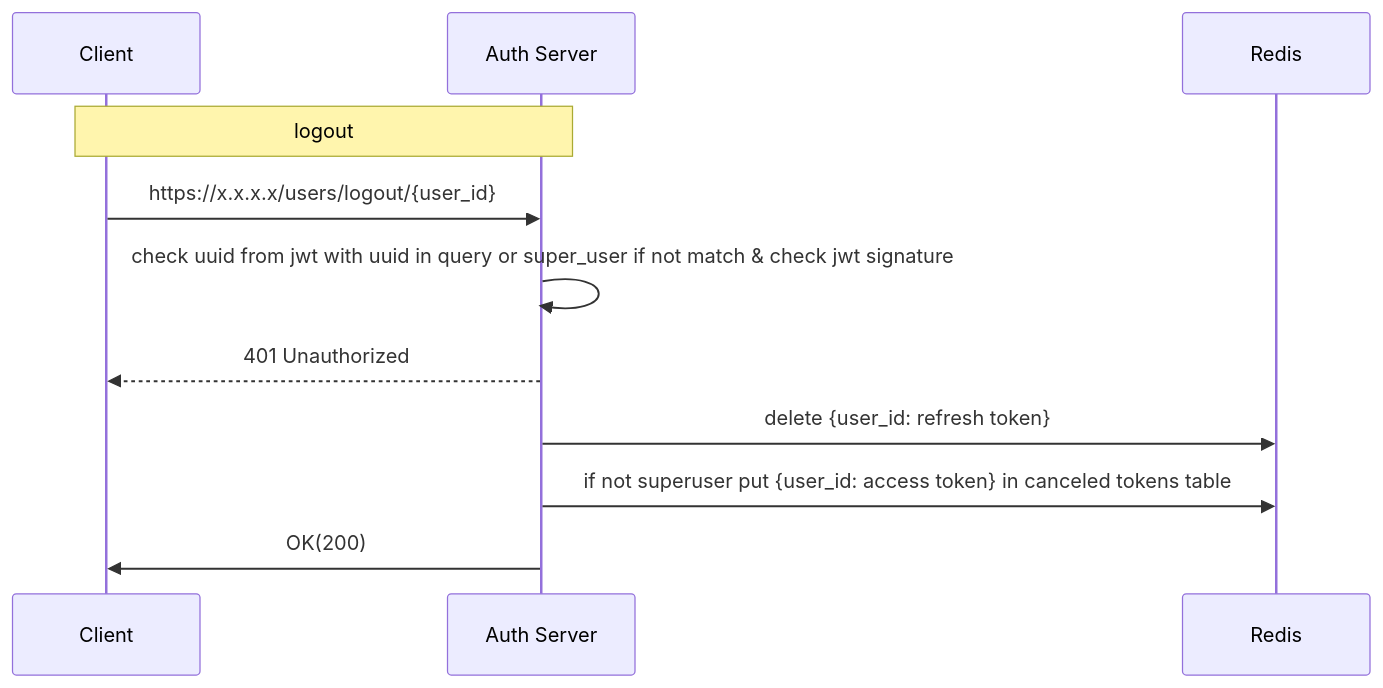
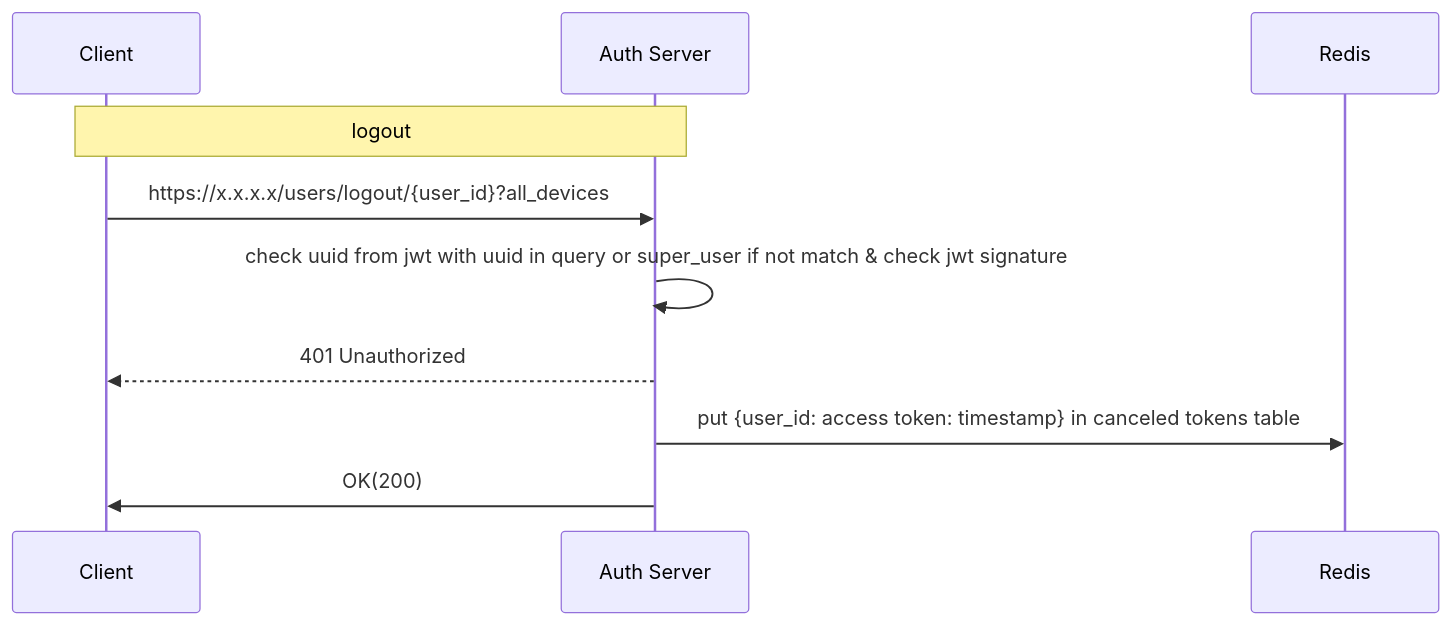
One commit to veselij/Auth_sprint_6_team_5 changed the diagram in Docs/1_users/4_logout.md. Above: the diagram before and after it, drawn with Mermaid. The commit also changed other lines of this file and 7 other files, not shown here.

Commit message:
added endpoint users logout

````diff
--- a/Docs/1_users/4_logout.md
+++ b/Docs/1_users/4_logout.md
@@ -1,14 +1,13 @@
 ```mermaid
 sequenceDiagram
     participant C as Client  
     participant S as Auth Server
     participant R as Redis
 
 	Note over C, S: logout
-	C->>S: https://x.x.x.x/users/logout/{user_id}
+	C->>S: https://x.x.x.x/users/logout/{user_id}?all_devices
 	S->>S: check uuid from jwt with uuid in query or super_user if not match & check jwt signature
 	S-->>C: 401 Unauthorized
-	S->>R: delete {user_id: refresh token}
-	S->>R: if not superuser put {user_id: access token} in canceled tokens table
+	S->>R: put {user_id: access token: timestamp} in canceled tokens table
 	S->>C: OK(200)
 ```
````
